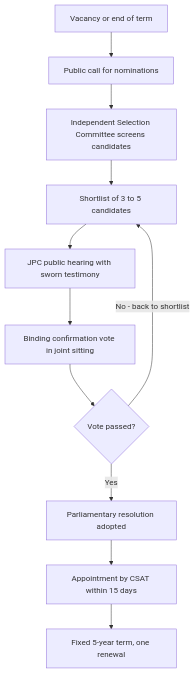
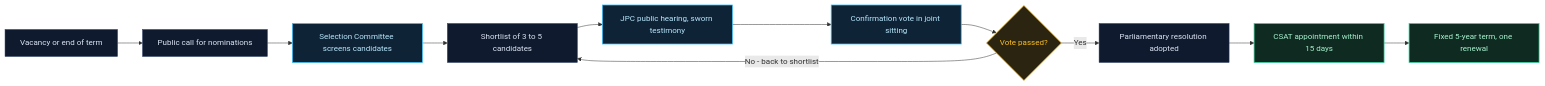
The diagram in diagrams/leadership-appointment.mmd (CristianNichifor/ro-intel-reform-dataflows), drawn with Mermaid before and after one commit. The commit also changed 5 other files, not shown here.

Commit message:
Restyle governance diagrams: app-theme palette, semantic node classes, full-width canvases, auto-fit sizing

```diff
--- a/diagrams/leadership-appointment.mmd
+++ b/diagrams/leadership-appointment.mmd
@@ -1,11 +1,20 @@
-flowchart TD
+flowchart LR
     V[Vacancy or end of term] --> CN[Public call for nominations]
-    CN --> SC[Independent Selection Committee screens candidates]
+    CN --> SC[Selection Committee screens candidates]
     SC --> S[Shortlist of 3 to 5 candidates]
-    S --> JPC[JPC public hearing with sworn testimony]
-    JPC --> VOTE[Binding confirmation vote in joint sitting]
+    S --> JPC[JPC public hearing, sworn testimony]
+    JPC --> VOTE[Confirmation vote in joint sitting]
     VOTE --> PASS{Vote passed?}
     PASS -->|No - back to shortlist| S
     PASS -->|Yes| RES[Parliamentary resolution adopted]
-    RES --> APP[Appointment by CSAT within 15 days]
+    RES --> APP[CSAT appointment within 15 days]
     APP --> TERM[Fixed 5-year term, one renewal]
+
+    classDef step fill:#0f1a2e,stroke:#2b3f63,color:#dce5f5,stroke-width:1px;
+    classDef gate fill:#0e2436,stroke:#38bdf8,color:#bae6fd,stroke-width:1.5px;
+    classDef decide fill:#2a2410,stroke:#fbbf24,color:#fbbf24,stroke-width:1.5px;
+    classDef good fill:#0f2a20,stroke:#34d399,color:#a7f3d0,stroke-width:1.5px;
+    class V,CN,S,RES step
+    class SC,JPC,VOTE gate
+    class PASS decide
+    class APP,TERM good
```
